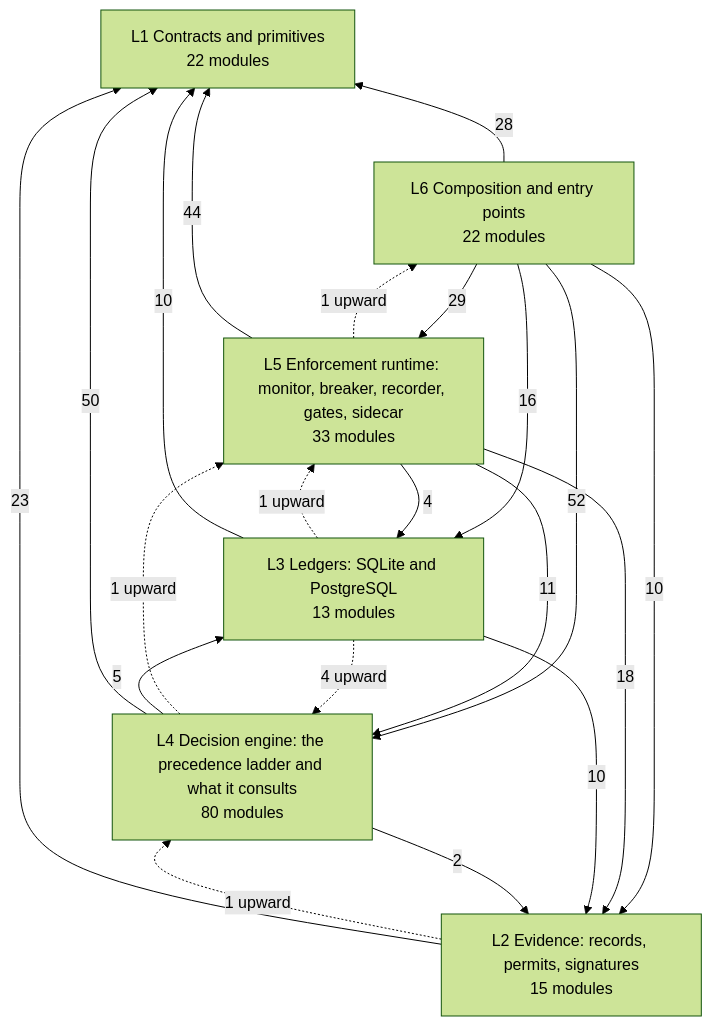
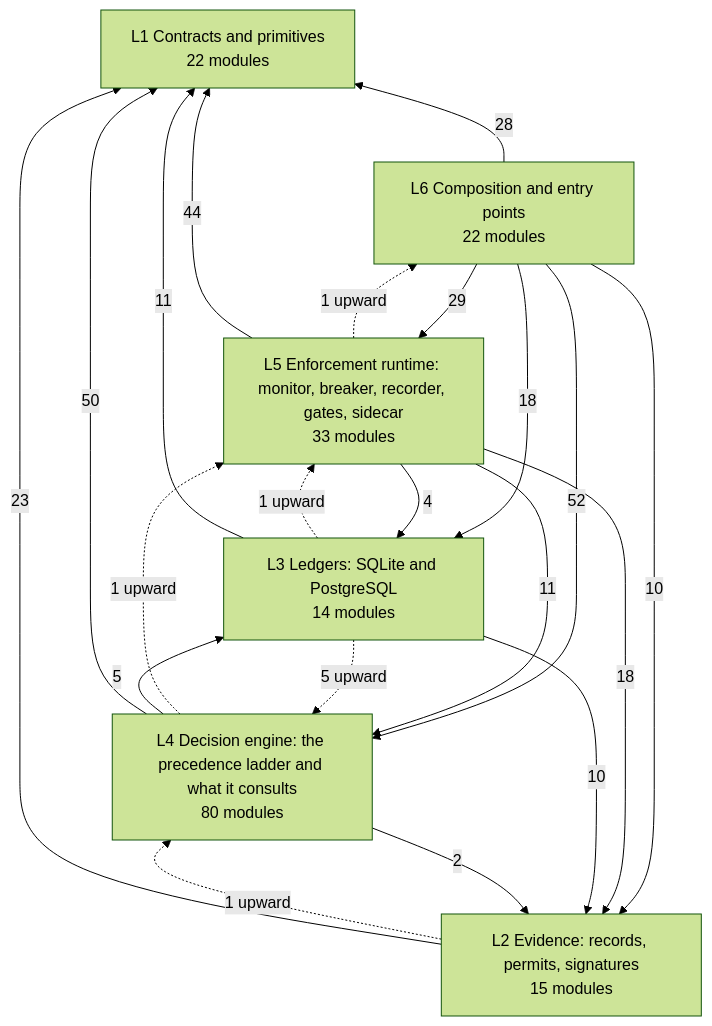
Before and after one commit to LOLA0786/privatevault-agent-dna: the diagram in docs/architecture/DEPENDENCIES.md, drawn with Mermaid (forest theme). The commit also changed other lines of this file and 26 other files, not shown here.

````diff
--- a/docs/architecture/DEPENDENCIES.md
+++ b/docs/architecture/DEPENDENCIES.md
@@ -12,29 +12,29 @@
 ```mermaid
 flowchart BT
   L1["L1 Contracts and primitives<br/>22 modules"]
   L2["L2 Evidence: records, permits, signatures<br/>15 modules"]
-  L3["L3 Ledgers: SQLite and PostgreSQL<br/>13 modules"]
+  L3["L3 Ledgers: SQLite and PostgreSQL<br/>14 modules"]
   L4["L4 Decision engine: the precedence ladder and what it consults<br/>80 modules"]
   L5["L5 Enforcement runtime: monitor, breaker, recorder, gates, sidecar<br/>33 modules"]
   L6["L6 Composition and entry points<br/>22 modules"]
   L2 -->|23| L1
-  L3 -->|10| L1
+  L3 -->|11| L1
   L3 -->|10| L2
   L4 -->|50| L1
   L4 -->|2| L2
   L4 -->|5| L3
   L5 -->|44| L1
   L5 -->|18| L2
   L5 -->|4| L3
   L5 -->|11| L4
   L6 -->|28| L1
   L6 -->|10| L2
-  L6 -->|16| L3
+  L6 -->|18| L3
   L6 -->|52| L4
   L6 -->|29| L5
   L2 -.->|1 upward| L4
-  L3 -.->|4 upward| L4
+  L3 -.->|5 upward| L4
   L3 -.->|1 upward| L5
   L4 -.->|1 upward| L5
   L5 -.->|1 upward| L6
 ```
````
